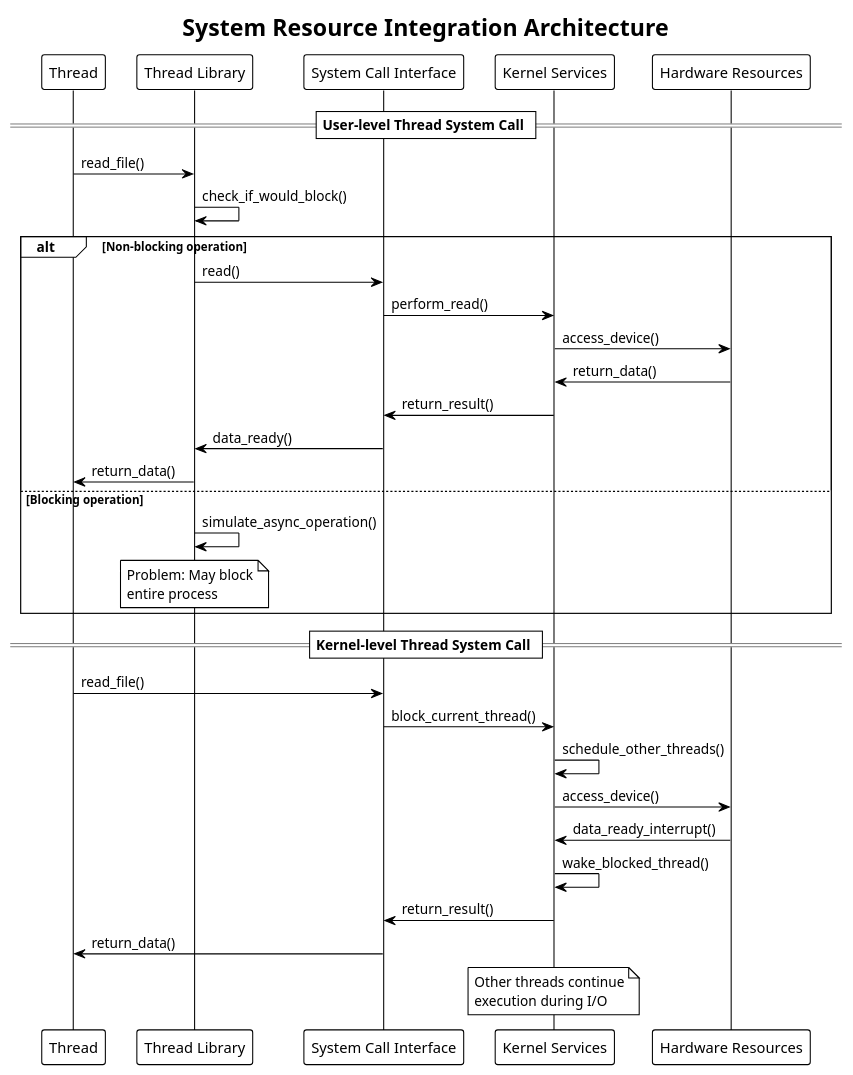
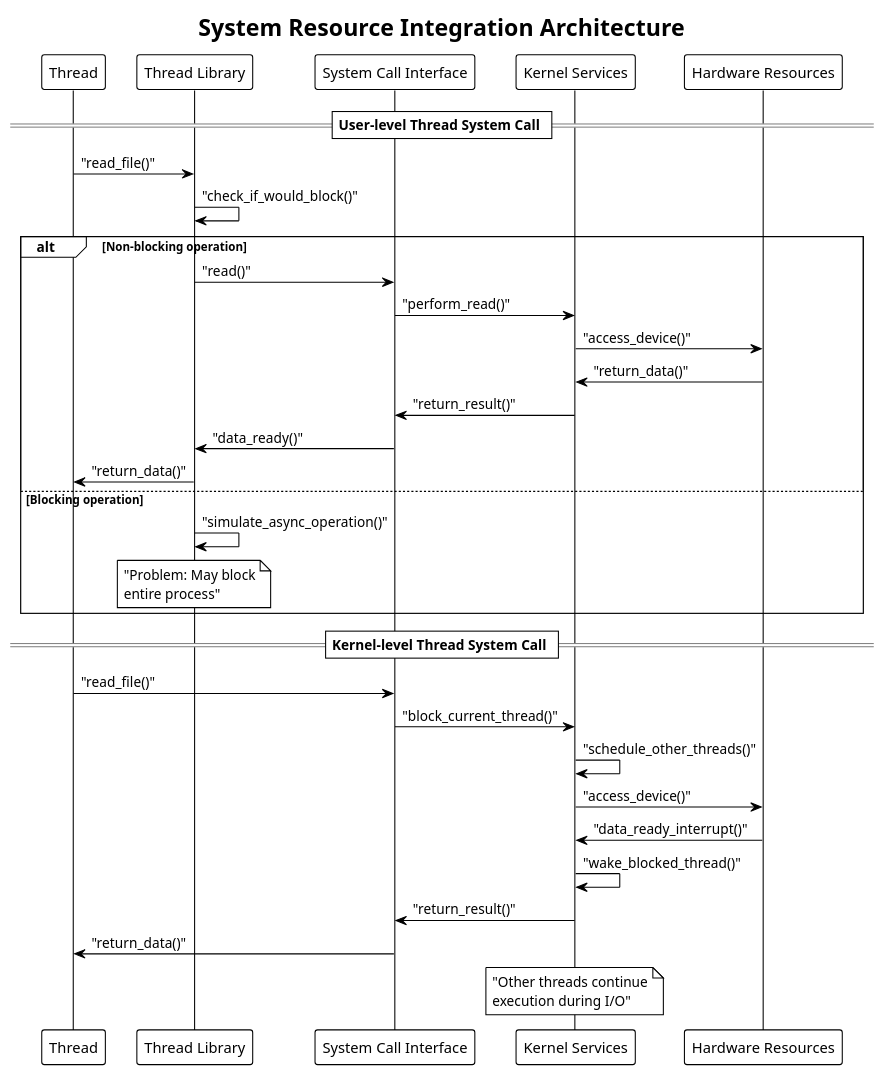
The sixth of 7 diagrams in Ch-5-Thread-Management/User-level-vs-Kernel-level-Threads.md (mohitmishra786/myJourneyOfBuildingOS), drawn with PlantUML before and after one commit. The commit also changed other lines of this file and 3 other files, not shown here.

````diff
--- a/Ch-5-Thread-Management/User-level-vs-Kernel-level-Threads.md
+++ b/Ch-5-Thread-Management/User-level-vs-Kernel-level-Threads.md
@@ -325,40 +325,40 @@
 ```plantuml
 @startuml
 !theme plain
-title System Resource Integration Architecture
+title "System Resource Integration Architecture"
 
 participant "Thread" as thread
 participant "Thread Library" as lib
 participant "System Call Interface" as syscall
 participant "Kernel Services" as kernel
 participant "Hardware Resources" as hw
 
 == User-level Thread System Call ==
-thread -> lib: read_file()
-lib -> lib: check_if_would_block()
+thread -> lib: "read_file()"
+lib -> lib: "check_if_would_block()"
 alt Non-blocking operation
-  lib -> syscall: read()
-  syscall -> kernel: perform_read()
-  kernel -> hw: access_device()
-  hw -> kernel: return_data()
-  kernel -> syscall: return_result()
-  syscall -> lib: data_ready()
-  lib -> thread: return_data()
+  lib -> syscall: "read()"
+  syscall -> kernel: "perform_read()"
+  kernel -> hw: "access_device()"
+  hw -> kernel: "return_data()"
+  kernel -> syscall: "return_result()"
+  syscall -> lib: "data_ready()"
+  lib -> thread: "return_data()"
 else Blocking operation
-  lib -> lib: simulate_async_operation()
-  note over lib: Problem: May block\nentire process
+  lib -> lib: "simulate_async_operation()"
+  note over lib: "Problem: May block\nentire process"
 end
 
 == Kernel-level Thread System Call ==
-thread -> syscall: read_file()
-syscall -> kernel: block_current_thread()
-kernel -> kernel: schedule_other_threads()
-kernel -> hw: access_device()
-hw -> kernel: data_ready_interrupt()
-kernel -> kernel: wake_blocked_thread()
-kernel -> syscall: return_result()
-syscall -> thread: return_data()
+thread -> syscall: "read_file()"
+syscall -> kernel: "block_current_thread()"
+kernel -> kernel: "schedule_other_threads()"
+kernel -> hw: "access_device()"
+hw -> kernel: "data_ready_interrupt()"
+kernel -> kernel: "wake_blocked_thread()"
+kernel -> syscall: "return_result()"
+syscall -> thread: "return_data()"
 
-note over kernel: Other threads continue\nexecution during I/O
+note over kernel: "Other threads continue\nexecution during I/O"
 @enduml
 ```
````
